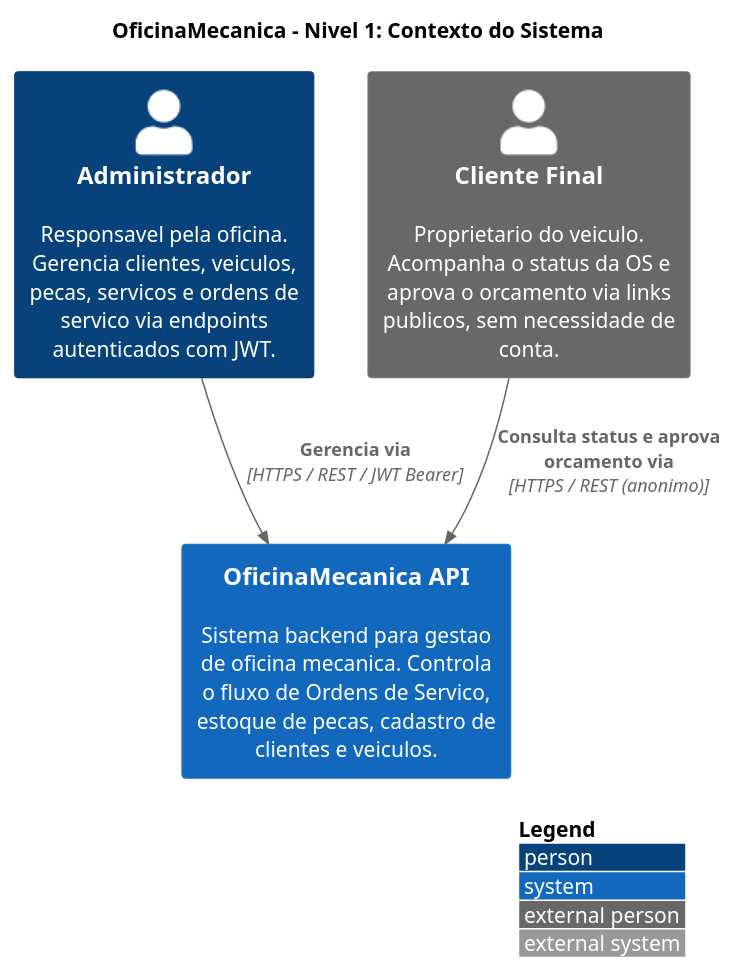
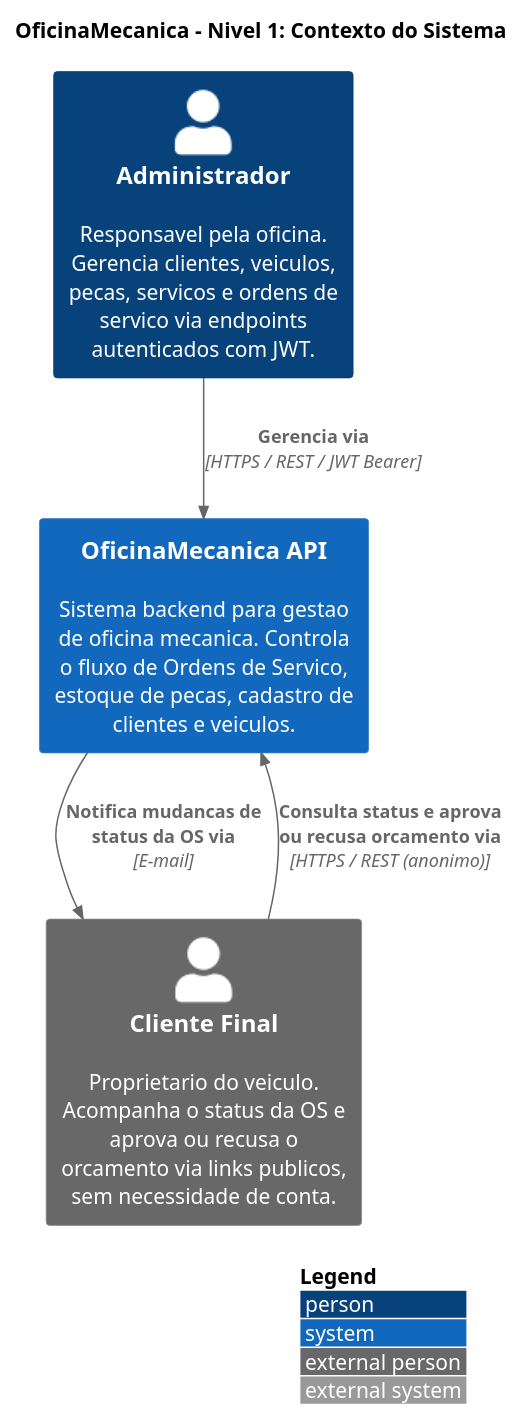
One commit to willianrmattos/OficinaMecanica changed the diagram in docs/c4-nivel1-contexto.puml. Above: the diagram before and after it, drawn with PlantUML. The commit also changed 39 other files, not shown here.

```diff
--- a/docs/c4-nivel1-contexto.puml
+++ b/docs/c4-nivel1-contexto.puml
@@ -1,17 +1,18 @@
 @startuml c4-nivel1-contexto
 !include <C4/C4_Context>
 
 LAYOUT_TOP_DOWN()
 LAYOUT_WITH_LEGEND()
 
 title OficinaMecanica - Nivel 1: Contexto do Sistema
 
 Person(admin, "Administrador", "Responsavel pela oficina. Gerencia clientes, veiculos, pecas, servicos e ordens de servico via endpoints autenticados com JWT.")
-Person_Ext(cliente, "Cliente Final", "Proprietario do veiculo. Acompanha o status da OS e aprova o orcamento via links publicos, sem necessidade de conta.")
+Person_Ext(cliente, "Cliente Final", "Proprietario do veiculo. Acompanha o status da OS e aprova ou recusa o orcamento via links publicos, sem necessidade de conta.")
 
 System(oficina, "OficinaMecanica API", "Sistema backend para gestao de oficina mecanica. Controla o fluxo de Ordens de Servico, estoque de pecas, cadastro de clientes e veiculos.")
 
 Rel(admin, oficina, "Gerencia via", "HTTPS / REST / JWT Bearer")
-Rel(cliente, oficina, "Consulta status e aprova orcamento via", "HTTPS / REST (anonimo)")
+Rel(cliente, oficina, "Consulta status e aprova ou recusa orcamento via", "HTTPS / REST (anonimo)")
+Rel(oficina, cliente, "Notifica mudancas de status da OS via", "E-mail")
 
 @enduml
```
